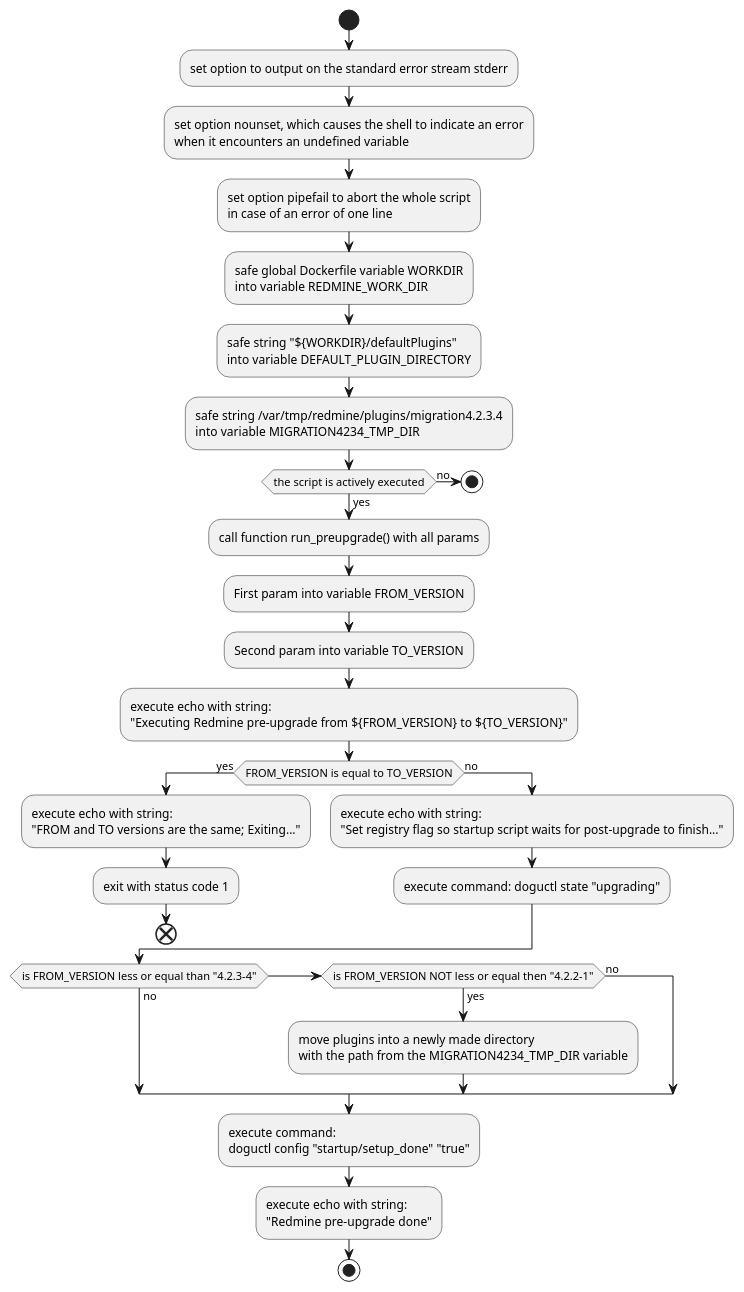
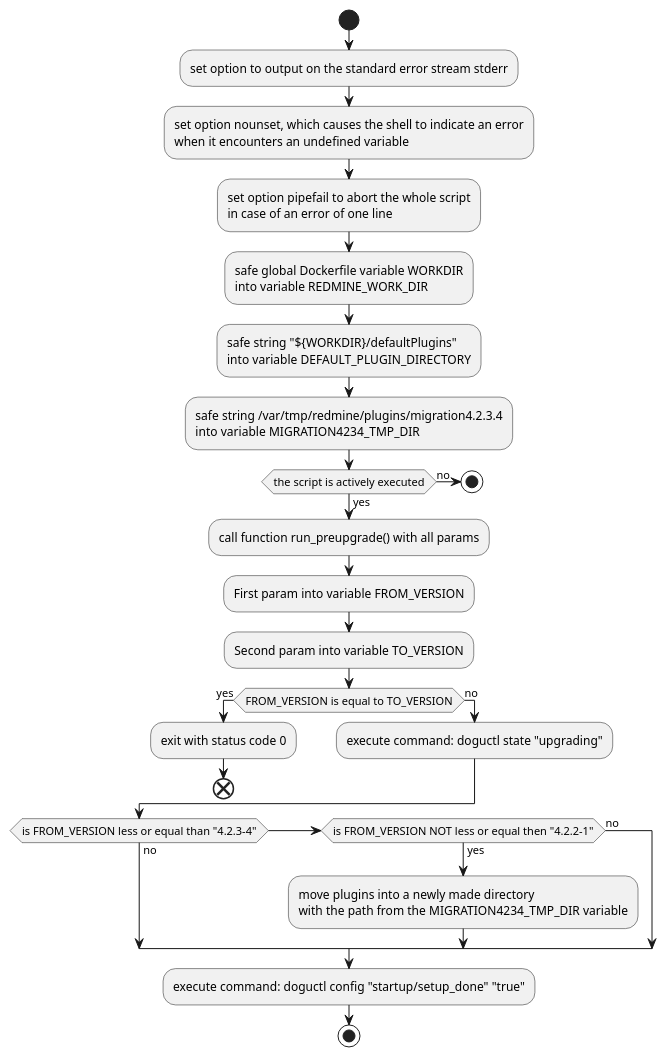
Before and after one commit to cloudogu/redmine: the diagram in docs/development/pre_upgrade_workflow.puml, drawn with PlantUML. The commit also changed 1 other file, not shown here.

Commit message:
#80 doc for pre and post upgrade scripts
- uml activity diagram to visualize workflow

```diff
--- a/docs/development/pre_upgrade_workflow.puml
+++ b/docs/development/pre_upgrade_workflow.puml
@@ -1,52 +1,43 @@
 @startuml
 start
 
 :set option to output on the standard error stream stderr;
 :set option nounset, which causes the shell to indicate an error
 when it encounters an undefined variable;
 :set option pipefail to abort the whole script
 in case of an error of one line;
 
 :safe global Dockerfile variable WORKDIR
 into variable REDMINE_WORK_DIR;
 :safe string "${WORKDIR}/defaultPlugins"
 into variable DEFAULT_PLUGIN_DIRECTORY;
 :safe string /var/tmp/redmine/plugins/migration4.2.3.4
 into variable MIGRATION4234_TMP_DIR;
 
 if (the script is actively executed) then (yes)
 :call function run_preupgrade() with all params;
 else (no)
  stop
 endif
 
 :First param into variable FROM_VERSION;
 :Second param into variable TO_VERSION;
-:execute echo with string:
-"Executing Redmine pre-upgrade from ${FROM_VERSION} to ${TO_VERSION}";
 
 if (FROM_VERSION is equal to TO_VERSION) then (yes)
-:execute echo with string:
-"FROM and TO versions are the same; Exiting...";
-:exit with status code 1;
+:exit with status code 0;
 end
 else (no)
-:execute echo with string:
-"Set registry flag so startup script waits for post-upgrade to finish...";
 :execute command: doguctl state "upgrading";
 endif
 
 if (is FROM_VERSION less or equal than "4.2.3-4") then (no)
     elseif (is FROM_VERSION NOT less or equal then "4.2.2-1") then (yes)
     :move plugins into a newly made directory
     with the path from the MIGRATION4234_TMP_DIR variable;
    else (no)
 endif
 
-:execute command:
-doguctl config "startup/setup_done" "true";
-:execute echo with string:
-"Redmine pre-upgrade done";
+:execute command: doguctl config "startup/setup_done" "true";
 stop
 
 @enduml
```
